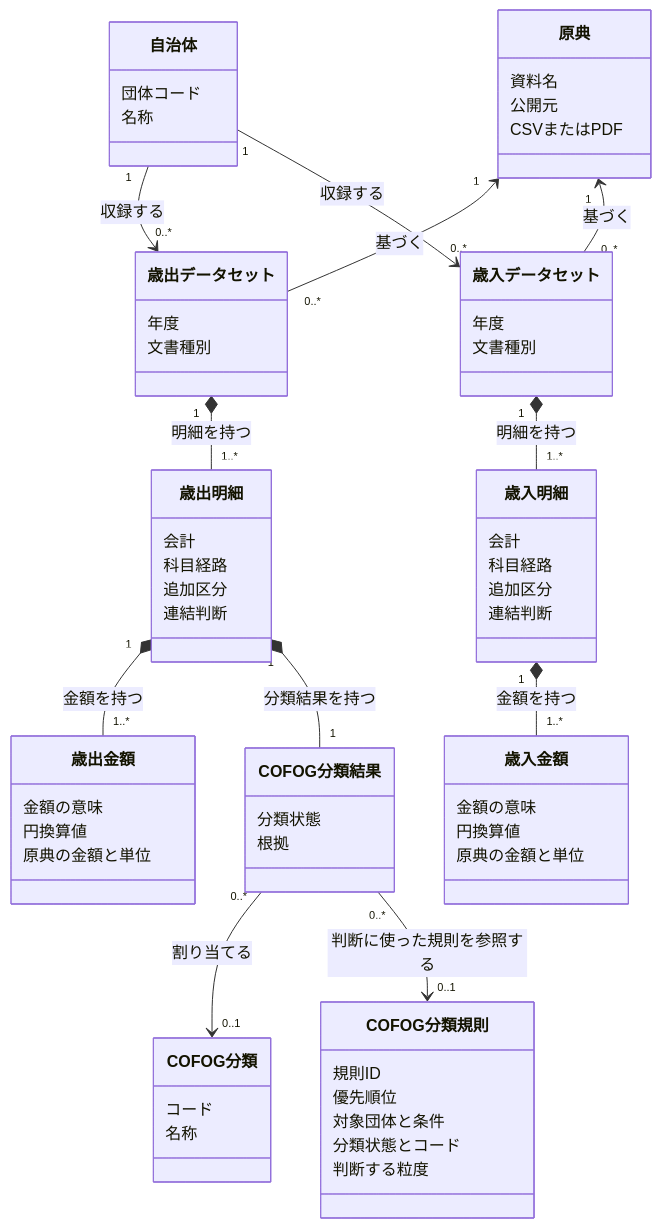
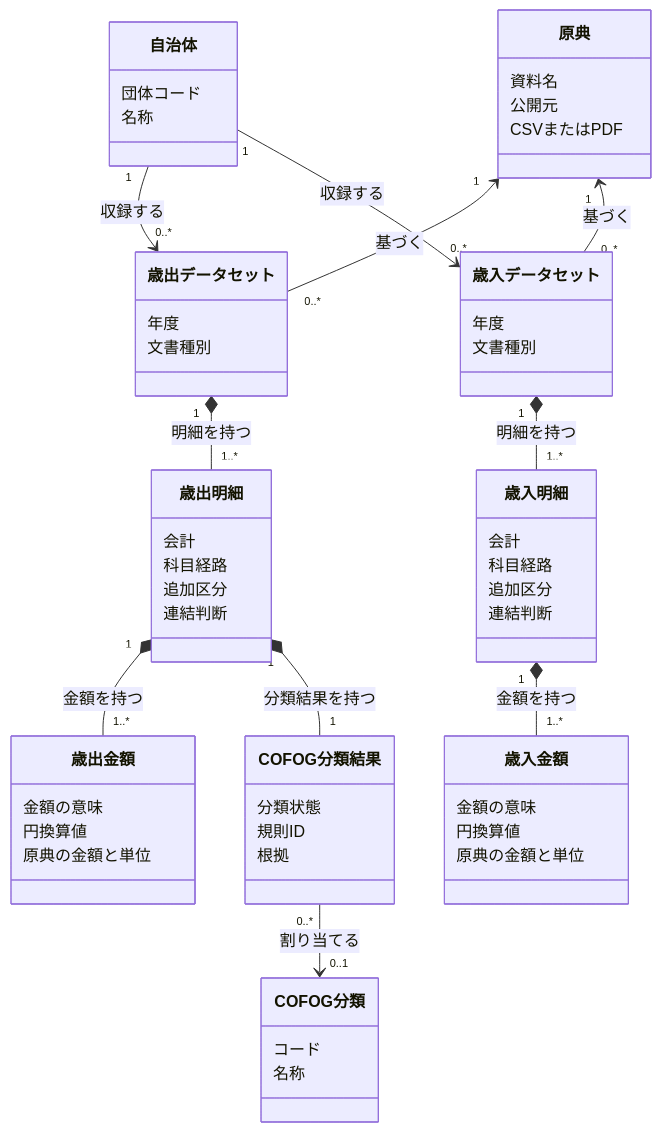
One commit to wwwyo/fudoki changed the diagram in docs/fiscal-domain-model.md. Above: the diagram before and after it, drawn with Mermaid. The commit also changed other lines of this file and 1 other file, not shown here.

Commit message:
Keep classification rules in Git and show only their identifiers in the data model

````diff
--- a/docs/fiscal-domain-model.md
+++ b/docs/fiscal-domain-model.md
@@ -9,69 +9,62 @@
 ```mermaid
 classDiagram
     direction TB
     class Jurisdiction["自治体"] {
         団体コード
         名称
     }
     class Origin["原典"] {
         資料名
         公開元
         CSVまたはPDF
     }
     class ExpenditureDataset["歳出データセット"] {
         年度
         文書種別
     }
     class RevenueDataset["歳入データセット"] {
         年度
         文書種別
     }
     class ExpenditureLine["歳出明細"] {
         会計
         科目経路
         追加区分
         連結判断
     }
     class RevenueLine["歳入明細"] {
         会計
         科目経路
         追加区分
         連結判断
     }
     class ExpenditureAmount["歳出金額"] {
         金額の意味
         円換算値
         原典の金額と単位
     }
     class RevenueAmount["歳入金額"] {
         金額の意味
         円換算値
         原典の金額と単位
     }
     class CofogClassification["COFOG分類結果"] {
         分類状態
+        規則ID
         根拠
-    }
-    class CofogRule["COFOG分類規則"] {
-        規則ID
-        優先順位
-        対象団体と条件
-        分類状態とコード
-        判断する粒度
     }
     class CofogCode["COFOG分類"] {
         コード
         名称
     }
     Jurisdiction "1" --> "0..*" ExpenditureDataset : 収録する
     Jurisdiction "1" --> "0..*" RevenueDataset : 収録する
     Origin "1" <-- "0..*" ExpenditureDataset : 基づく
     Origin "1" <-- "0..*" RevenueDataset : 基づく
     ExpenditureDataset "1" *-- "1..*" ExpenditureLine : 明細を持つ
     RevenueDataset "1" *-- "1..*" RevenueLine : 明細を持つ
     ExpenditureLine "1" *-- "1..*" ExpenditureAmount : 金額を持つ
     RevenueLine "1" *-- "1..*" RevenueAmount : 金額を持つ
     ExpenditureLine "1" *-- "1" CofogClassification : 分類結果を持つ
     CofogClassification "0..*" --> "0..1" CofogCode : 割り当てる
-    CofogClassification "0..*" --> "0..1" CofogRule : 判断に使った規則を参照する
 ```
````
